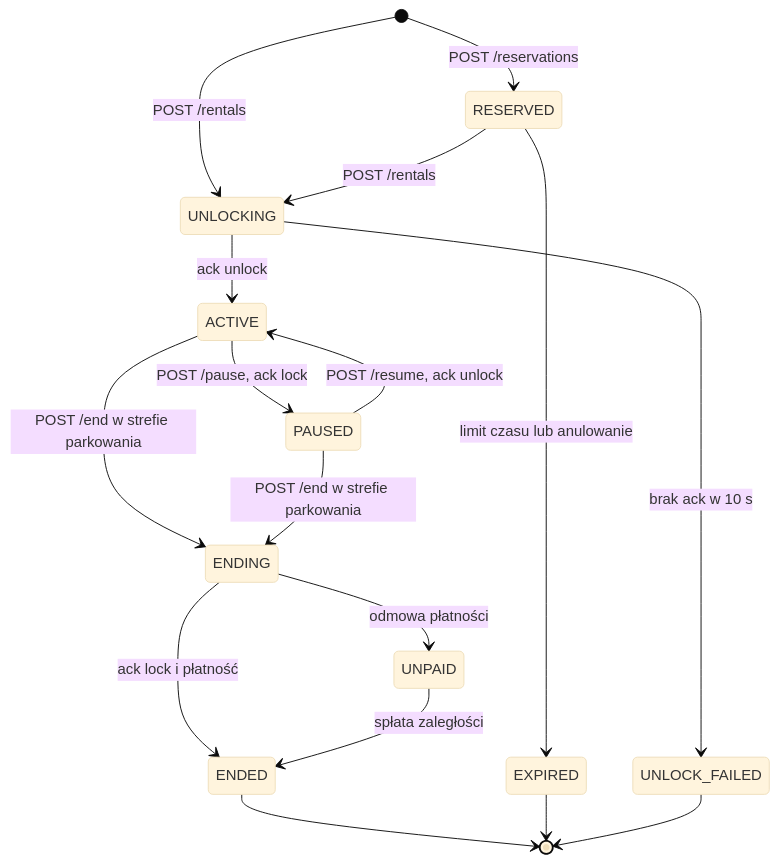
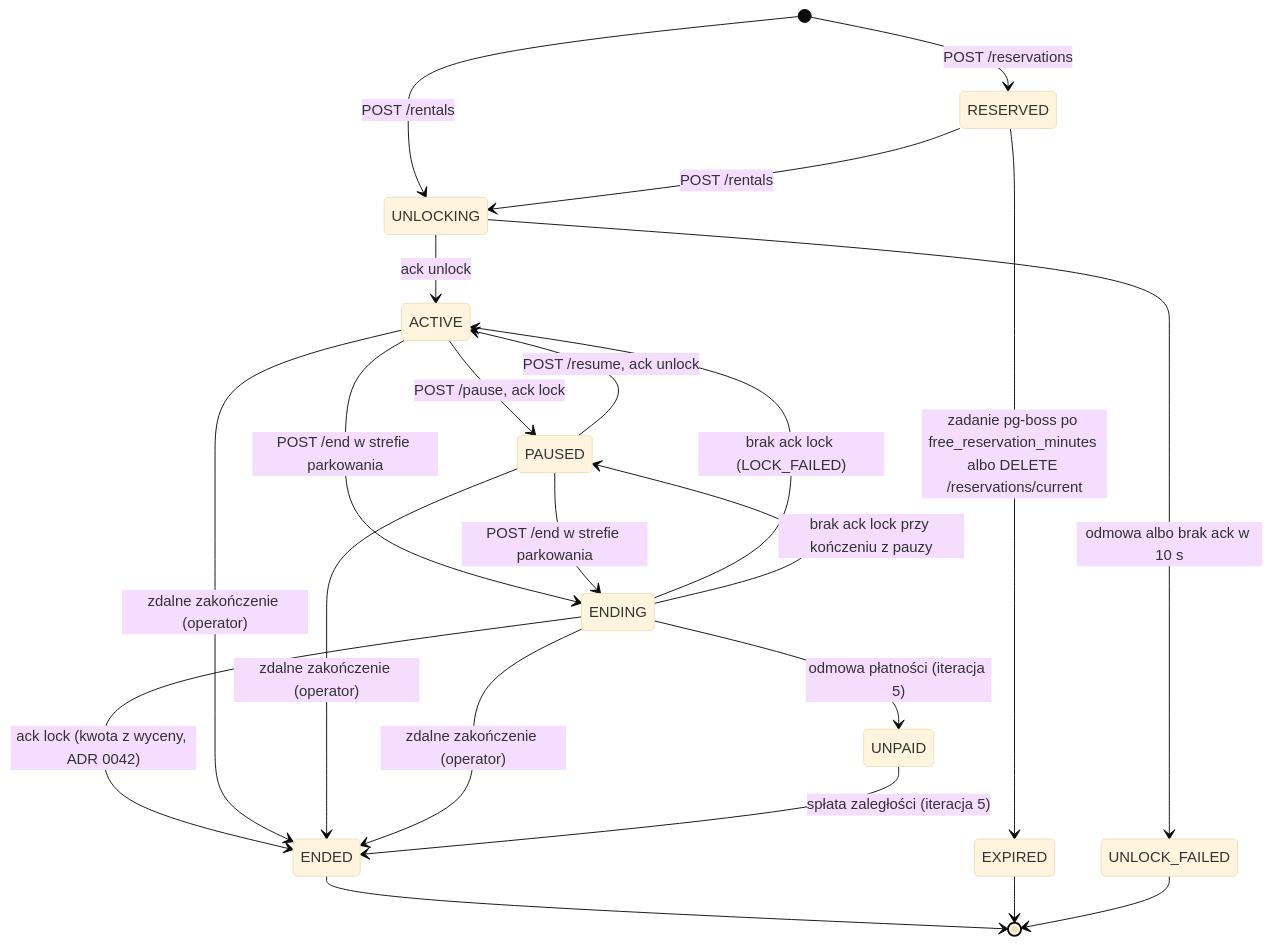
One commit to FifiLen/engineering-project changed the first of 9 diagrams in docs/arc42/06-widok-czasu-dzialania.md. Above: the diagram before and after it, drawn with Mermaid (base theme). The commit also changed other lines of this file and 12 other files, not shown here.

````diff
--- a/docs/arc42/06-widok-czasu-dzialania.md
+++ b/docs/arc42/06-widok-czasu-dzialania.md
@@ -7,19 +9,24 @@
 ```mermaid
 stateDiagram-v2
     [*] --> RESERVED: POST /reservations
     [*] --> UNLOCKING: POST /rentals
     RESERVED --> UNLOCKING: POST /rentals
-    RESERVED --> EXPIRED: limit czasu lub anulowanie
+    RESERVED --> EXPIRED: zadanie pg-boss po free_reservation_minutes albo DELETE /reservations/current
     UNLOCKING --> ACTIVE: ack unlock
-    UNLOCKING --> UNLOCK_FAILED: brak ack w 10 s
+    UNLOCKING --> UNLOCK_FAILED: odmowa albo brak ack w 10 s
     ACTIVE --> PAUSED: POST /pause, ack lock
     PAUSED --> ACTIVE: POST /resume, ack unlock
     ACTIVE --> ENDING: POST /end w strefie parkowania
     PAUSED --> ENDING: POST /end w strefie parkowania
-    ENDING --> ENDED: ack lock i płatność
-    ENDING --> UNPAID: odmowa płatności
-    UNPAID --> ENDED: spłata zaległości
+    ENDING --> ENDED: ack lock (kwota z wyceny, ADR 0042)
+    ENDING --> ACTIVE: brak ack lock (LOCK_FAILED)
+    ENDING --> PAUSED: brak ack lock przy kończeniu z pauzy
+    ACTIVE --> ENDED: zdalne zakończenie (operator)
+    PAUSED --> ENDED: zdalne zakończenie (operator)
+    ENDING --> ENDED: zdalne zakończenie (operator)
+    ENDING --> UNPAID: odmowa płatności (iteracja 5)
+    UNPAID --> ENDED: spłata zaległości (iteracja 5)
     ENDED --> [*]
     EXPIRED --> [*]
     UNLOCK_FAILED --> [*]
 ```
````
